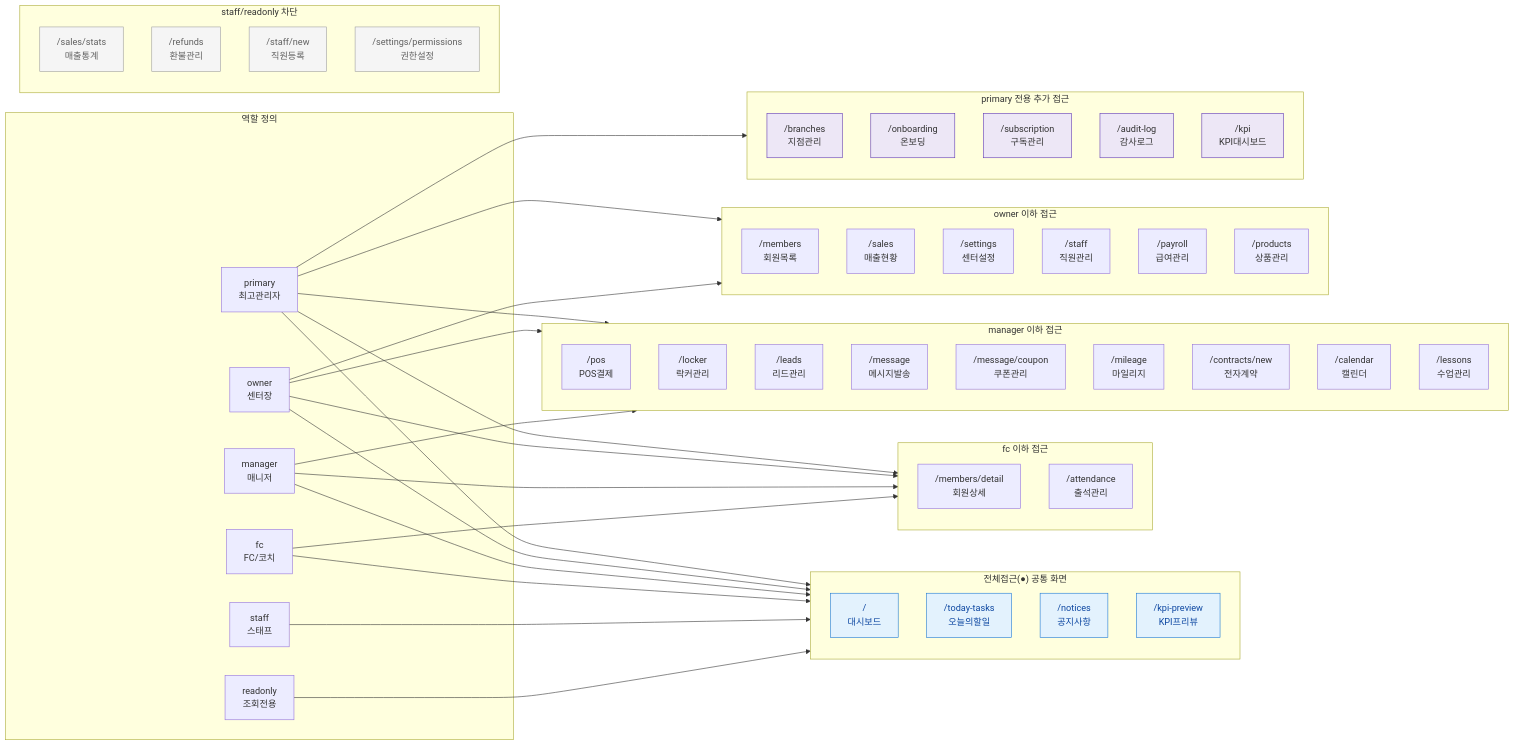
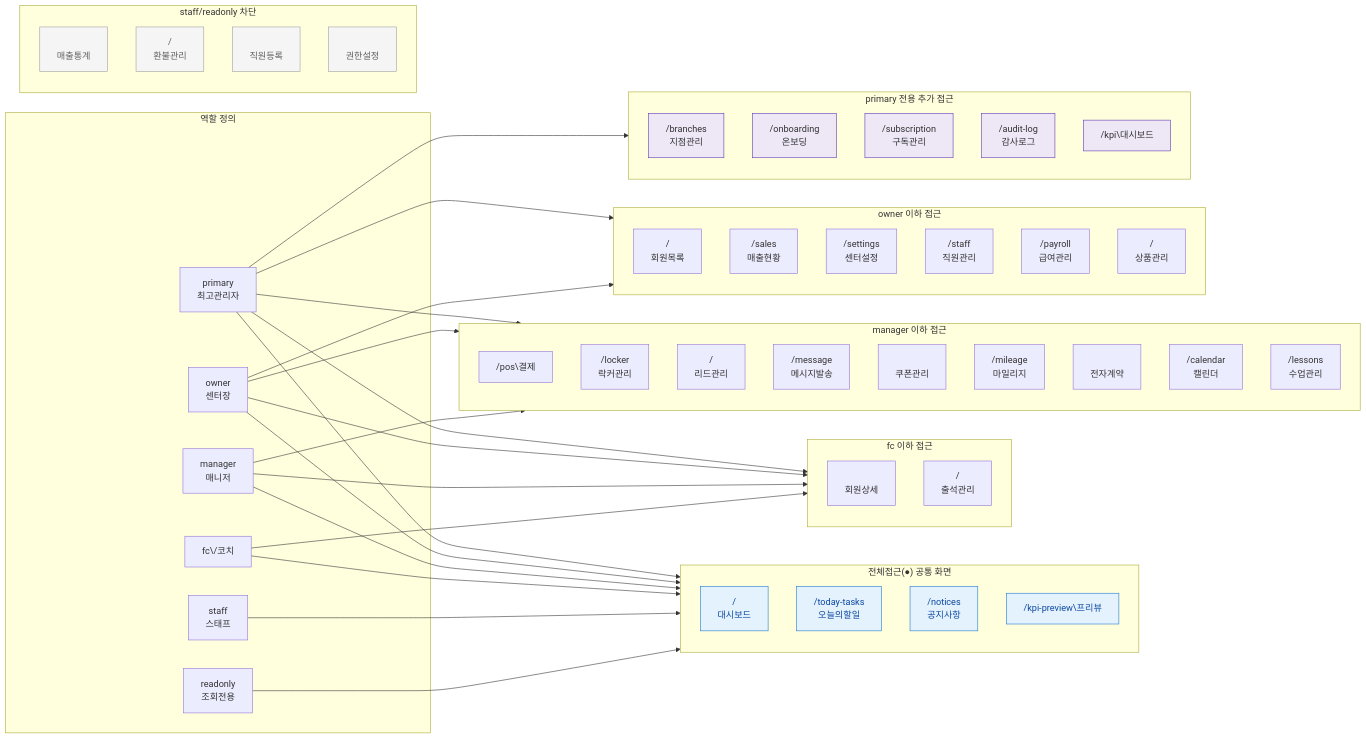
Before and after one commit to dev-spogym/admin-pando: the diagram in docs/다이어그램/10_권한매트릭스/R1_역할화면_매트릭스.md, drawn with Mermaid. The commit also changed other lines of this file and 1660 other files, not shown here.

First line of the commit message:
다이어그램: 기획자/클라이언트 납품본으로 정리

```diff
--- a/docs/다이어그램/10_권한매트릭스/R1_역할화면_매트릭스.md
+++ b/docs/다이어그램/10_권한매트릭스/R1_역할화면_매트릭스.md
@@ -16,7 +13,7 @@
         R_PRIMARY["primary\n최고관리자"]
         R_OWNER["owner\n센터장"]
         R_MANAGER["manager\n매니저"]
-        R_FC["fc\nFC/코치"]
+        R_FC["fc\/코치"]
         R_STAFF["staff\n스태프"]
         R_READONLY["readonly\n조회전용"]
     end
@@ -25,7 +22,7 @@
         SCR090["/\n대시보드"]
         SCR098["/today-tasks\n오늘의할일"]
         SCR085["/notices\n공지사항"]
-        SCR095["/kpi-preview\nKPI프리뷰"]
+        SCR095["/kpi-preview\프리뷰"]
     end
 
     subgraph ACCESS_PRIMARY["primary 전용 추가 접근"]
@@ -33,40 +30,40 @@
         SCR096["/onboarding\n온보딩"]
         SCR084["/subscription\n구독관리"]
         SCR097["/audit-log\n감사로그"]
-        SCR094["/kpi\nKPI대시보드"]
+        SCR094["/kpi\대시보드"]
     end
 
     subgraph ACCESS_OWNER["owner 이하 접근"]
-        SCR010["/members\n회원목록"]
+        SCR010["/\n회원목록"]
         SCR030["/sales\n매출현황"]
         SCR080["/settings\n센터설정"]
         SCR060["/staff\n직원관리"]
         SCR064["/payroll\n급여관리"]
-        SCR040["/products\n상품관리"]
+        SCR040["/\n상품관리"]
     end
 
     subgraph ACCESS_MANAGER["manager 이하 접근"]
-        SCR033["/pos\nPOS결제"]
+        SCR033["/pos\결제"]
         SCR050["/locker\n락커관리"]
-        SCR070["/leads\n리드관리"]
+        SCR070["/\n리드관리"]
         SCR071["/message\n메시지발송"]
-        SCR073["/message/coupon\n쿠폰관리"]
+        SCR073["\n쿠폰관리"]
         SCR074["/mileage\n마일리지"]
-        SCR075["/contracts/new\n전자계약"]
+        SCR075["\n전자계약"]
         SCR020["/calendar\n캘린더"]
         SCR021["/lessons\n수업관리"]
     end
 
     subgraph ACCESS_FC["fc 이하 접근"]
-        SCR013["/members/detail\n회원상세"]
-        SCR086["/attendance\n출석관리"]
+        SCR013["\n회원상세"]
+        SCR086["/\n출석관리"]
     end
 
     subgraph ACCESS_BLOCKED["staff/readonly 차단"]
-        SCR031["/sales/stats\n매출통계"]
-        SCR035["/refunds\n환불관리"]
-        SCR061["/staff/new\n직원등록"]
-        SCR081["/settings/permissions\n권한설정"]
+        SCR031["\n매출통계"]
+        SCR035["/\n환불관리"]
+        SCR061["\n직원등록"]
+        SCR081["\n권한설정"]
     end
 
     R_PRIMARY --> ACCESS_FULL
```
